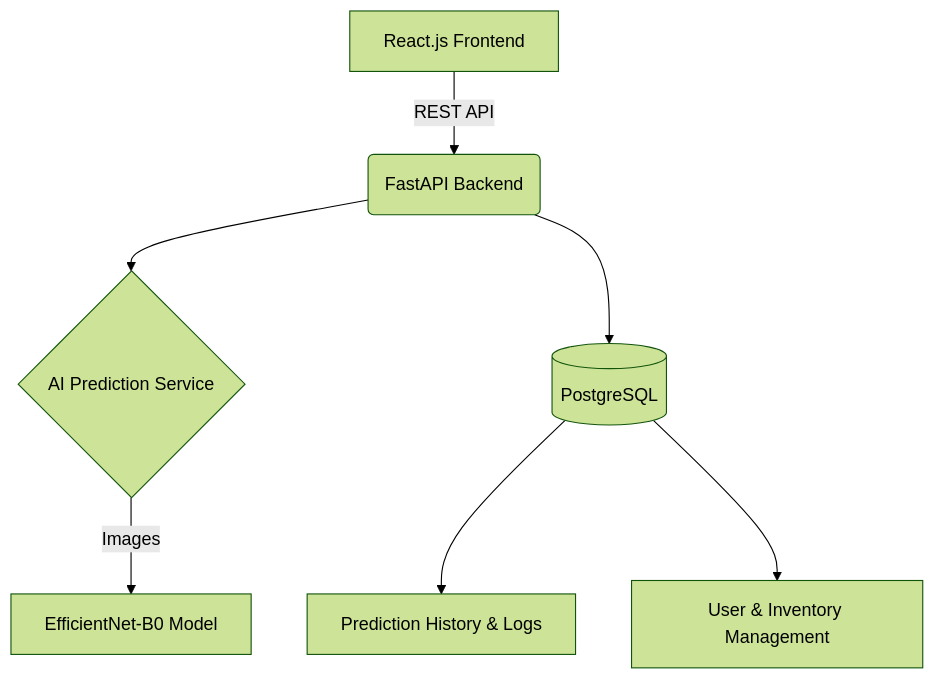
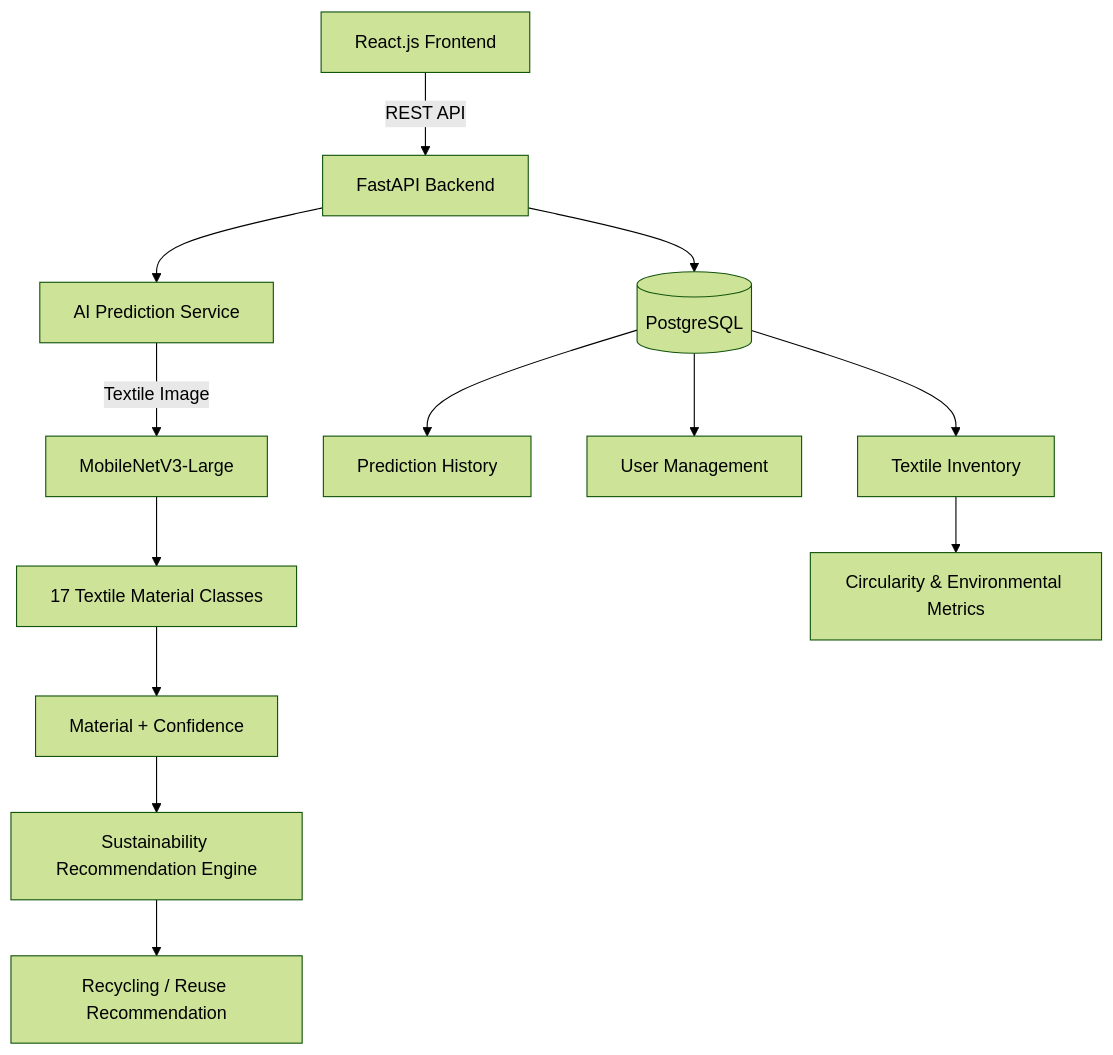
The diagram in README.md (Sanju30cp/AI-Textile-Waste-Intelligence-Platform), drawn with Mermaid (forest theme) before and after one commit. The commit also changed other lines of this file, not shown here.

````diff
--- a/README.md
+++ b/README.md
@@ -7,9 +30,27 @@
 ```mermaid
 graph TD
-    A[React.js Frontend] -->|REST API| B(FastAPI Backend)
-    B --> C{AI Prediction Service}
-    C -->|Images| D[EfficientNet-B0 Model]
-    B --> E[(PostgreSQL)]
-    E --> F[Prediction History & Logs]
-    E --> G[User & Inventory Management]
+
+    A[React.js Frontend] -->|REST API| B[FastAPI Backend]
+
+    B --> C[AI Prediction Service]
+
+    C -->|Textile Image| D[MobileNetV3-Large]
+
+    D --> E[17 Textile Material Classes]
+
+    E --> F[Material + Confidence]
+
+    F --> G[Sustainability Recommendation Engine]
+
+    G --> H[Recycling / Reuse Recommendation]
+
+    B --> I[(PostgreSQL)]
+
+    I --> J[Prediction History]
+
+    I --> K[User Management]
+
+    I --> L[Textile Inventory]
+
+    L --> M[Circularity & Environmental Metrics]
 ```
````
